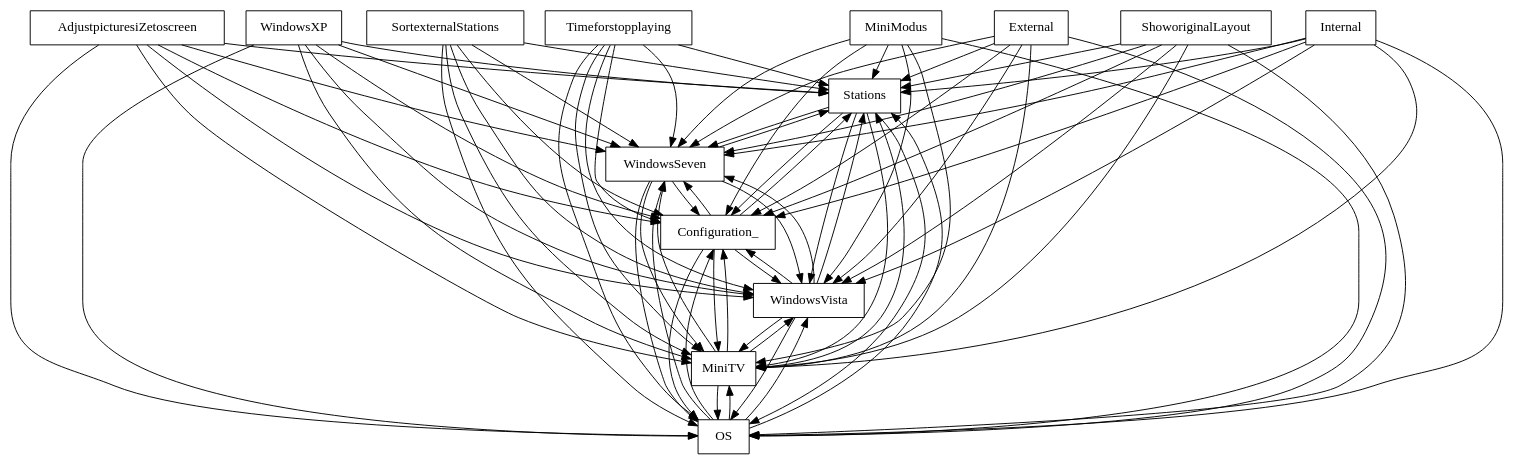
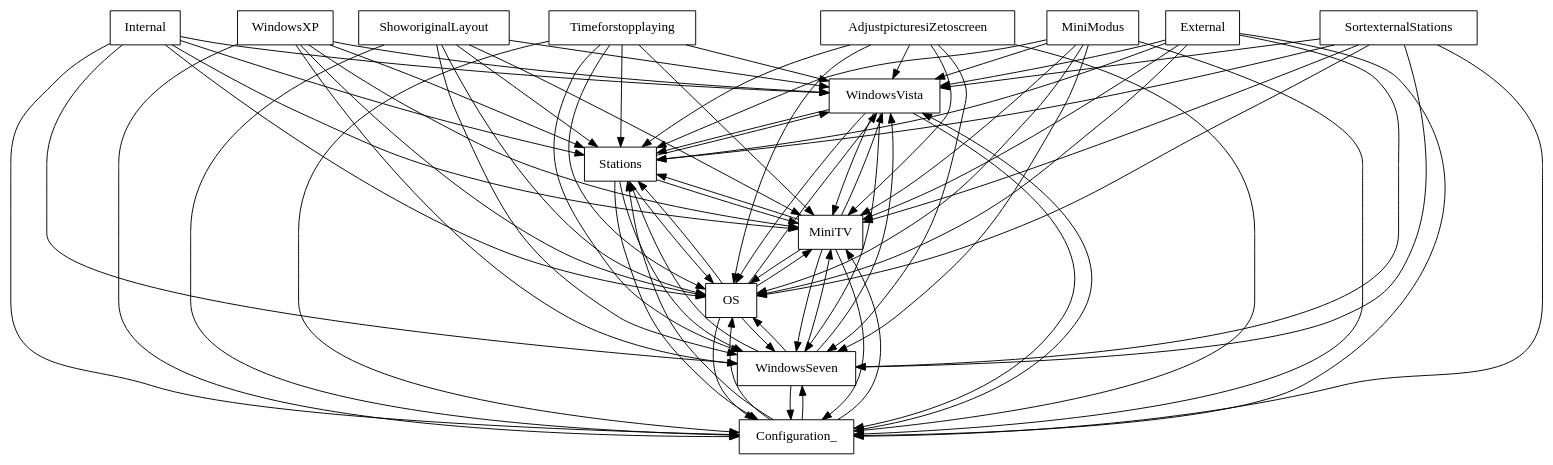
Before and after one commit to FAMILIAR-project/familiar-language: the diagram in FAMILIAR/output/SPLOT-big/fm_71_model_20110306_314567479.xml.dot, drawn with Graphviz. The commit also changed 46 other files, not shown here.

```diff
--- a/FAMILIAR/output/SPLOT-big/fm_71_model_20110306_314567479.xml.dot
+++ b/FAMILIAR/output/SPLOT-big/fm_71_model_20110306_314567479.xml.dot
@@ -1,97 +1,97 @@
 digraph{
 graph [rankdir=TB];
 node [shape=box];
 edge [arrowhead=normal];
-0[label="Stations",]
-1[label="WindowsSeven",]
-2[label="OS",]
-3[label="Timeforstopplaying",]
-4[label="WindowsXP",]
-5[label="MiniTV",]
-6[label="SortexternalStations",]
-7[label="AdjustpicturesiZetoscreen",]
-8[label="MiniModus",]
-9[label="External",]
-10[label="WindowsVista",]
-11[label="ShoworiginalLayout",]
-12[label="Configuration_",]
-13[label="Internal",]
-0->1[label="",]
+0[label="WindowsVista",]
+1[label="ShoworiginalLayout",]
+2[label="Stations",]
+3[label="Configuration_",]
+4[label="WindowsSeven",]
+5[label="OS",]
+6[label="Internal",]
+7[label="Timeforstopplaying",]
+8[label="MiniTV",]
+9[label="WindowsXP",]
+10[label="SortexternalStations",]
+11[label="AdjustpicturesiZetoscreen",]
+12[label="MiniModus",]
+13[label="External",]
 0->2[label="",]
+0->3[label="",]
+0->4[label="",]
 0->5[label="",]
-0->10[label="",]
-0->12[label="",]
+0->8[label="",]
 1->0[label="",]
 1->2[label="",]
+1->3[label="",]
+1->4[label="",]
 1->5[label="",]
-1->10[label="",]
-1->12[label="",]
+1->8[label="",]
 2->0[label="",]
-2->1[label="",]
+2->3[label="",]
+2->4[label="",]
 2->5[label="",]
-2->10[label="",]
-2->12[label="",]
+2->8[label="",]
 3->0[label="",]
-3->1[label="",]
 3->2[label="",]
+3->4[label="",]
 3->5[label="",]
-3->10[label="",]
-3->12[label="",]
+3->8[label="",]
 4->0[label="",]
-4->1[label="",]
 4->2[label="",]
+4->3[label="",]
 4->5[label="",]
-4->10[label="",]
-4->12[label="",]
+4->8[label="",]
 5->0[label="",]
-5->1[label="",]
 5->2[label="",]
-5->10[label="",]
-5->12[label="",]
+5->3[label="",]
+5->4[label="",]
+5->8[label="",]
 6->0[label="",]
-6->1[label="",]
 6->2[label="",]
+6->3[label="",]
+6->4[label="",]
 6->5[label="",]
-6->10[label="",]
-6->12[label="",]
+6->8[label="",]
 7->0[label="",]
-7->1[label="",]
 7->2[label="",]
+7->3[label="",]
+7->4[label="",]
 7->5[label="",]
-7->10[label="",]
-7->12[label="",]
+7->8[label="",]
 8->0[label="",]
-8->1[label="",]
 8->2[label="",]
+8->3[label="",]
+8->4[label="",]
 8->5[label="",]
-8->10[label="",]
-8->12[label="",]
 9->0[label="",]
-9->1[label="",]
 9->2[label="",]
+9->3[label="",]
+9->4[label="",]
 9->5[label="",]
-9->10[label="",]
-9->12[label="",]
+9->8[label="",]
 10->0[label="",]
-10->1[label="",]
 10->2[label="",]
+10->3[label="",]
+10->4[label="",]
 10->5[label="",]
-10->12[label="",]
+10->8[label="",]
 11->0[label="",]
-11->1[label="",]
 11->2[label="",]
+11->3[label="",]
+11->4[label="",]
 11->5[label="",]
-11->10[label="",]
-11->12[label="",]
+11->8[label="",]
 12->0[label="",]
-12->1[label="",]
 12->2[label="",]
+12->3[label="",]
+12->4[label="",]
 12->5[label="",]
-12->10[label="",]
+12->8[label="",]
 13->0[label="",]
-13->1[label="",]
 13->2[label="",]
+13->3[label="",]
+13->4[label="",]
 13->5[label="",]
-13->10[label="",]
-13->12[label="",]
+13->8[label="",]
 }
```
